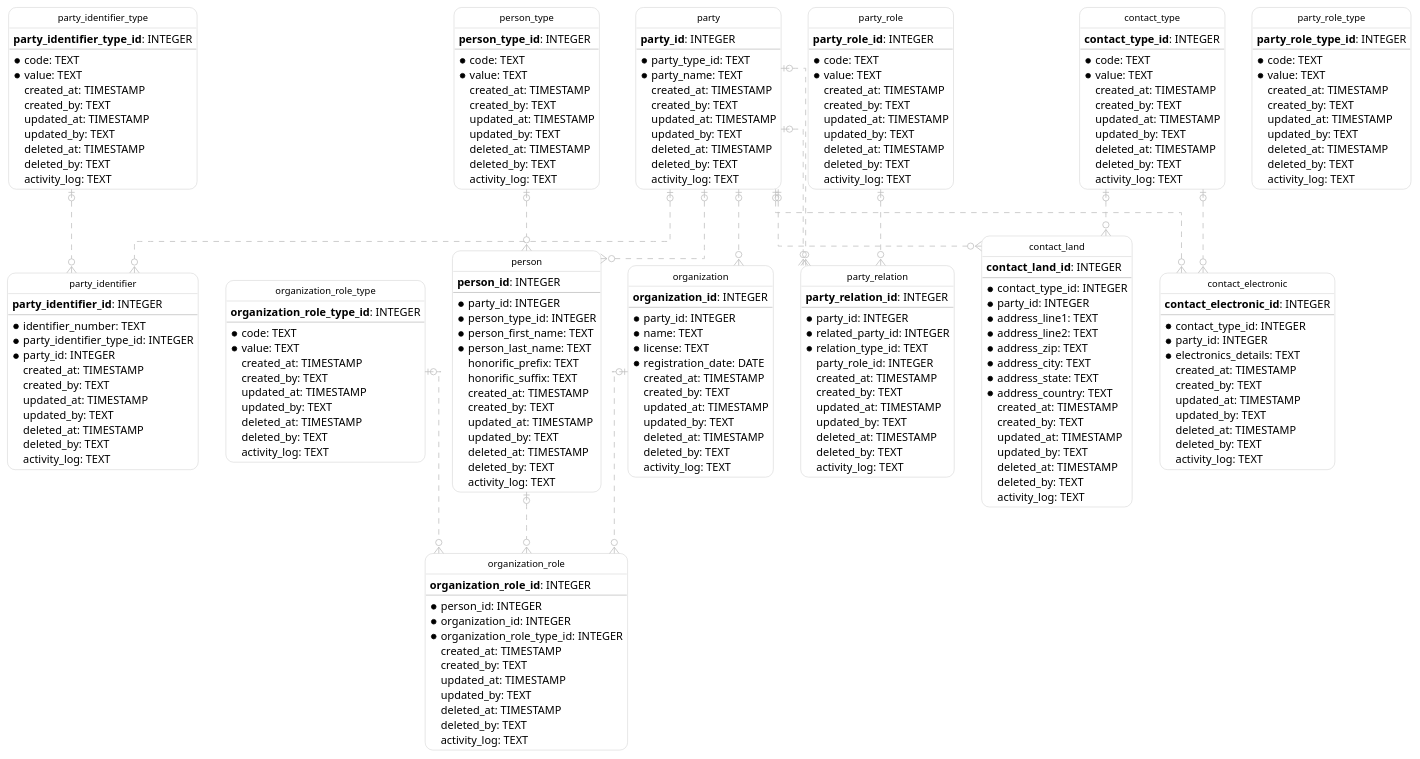
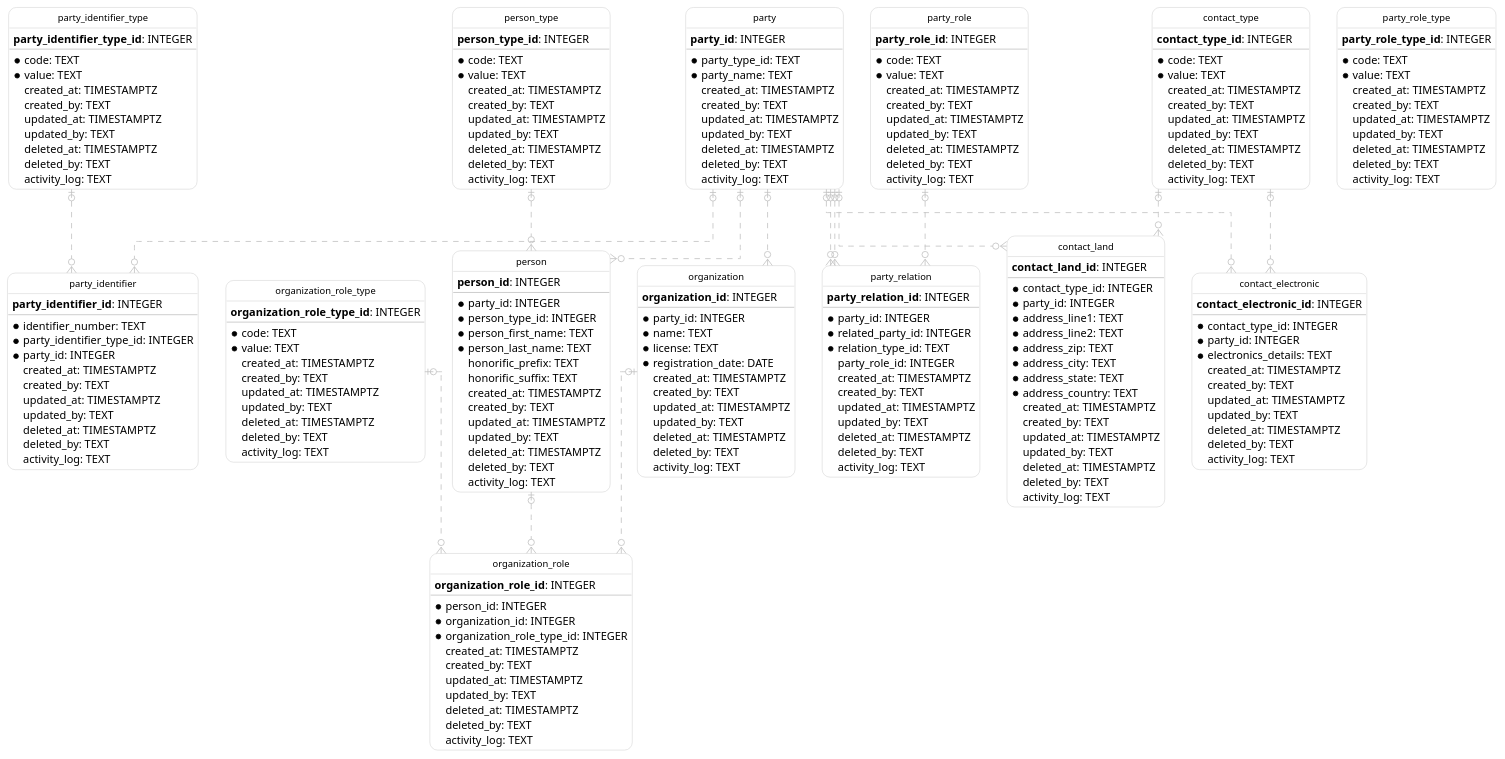
Before and after one commit to netspective-labs/sql-aide: the diagram in pattern/udm/models_test.fixture.puml, drawn with PlantUML. The commit also changed 26 other files, not shown here.

Commit message:
feat: update timestamp fields with timestamptz

```diff
--- a/pattern/udm/models_test.fixture.puml
+++ b/pattern/udm/models_test.fixture.puml
@@ -15,11 +15,11 @@
     --
     * code: TEXT
     * value: TEXT
-      created_at: TIMESTAMP
+      created_at: TIMESTAMPTZ
       created_by: TEXT
-      updated_at: TIMESTAMP
+      updated_at: TIMESTAMPTZ
       updated_by: TEXT
-      deleted_at: TIMESTAMP
+      deleted_at: TIMESTAMPTZ
       deleted_by: TEXT
       activity_log: TEXT
   }
@@ -29,11 +29,11 @@
     --
     * code: TEXT
     * value: TEXT
-      created_at: TIMESTAMP
+      created_at: TIMESTAMPTZ
       created_by: TEXT
-      updated_at: TIMESTAMP
+      updated_at: TIMESTAMPTZ
       updated_by: TEXT
-      deleted_at: TIMESTAMP
+      deleted_at: TIMESTAMPTZ
       deleted_by: TEXT
       activity_log: TEXT
   }
@@ -43,11 +43,11 @@
     --
     * code: TEXT
     * value: TEXT
-      created_at: TIMESTAMP
+      created_at: TIMESTAMPTZ
       created_by: TEXT
-      updated_at: TIMESTAMP
+      updated_at: TIMESTAMPTZ
       updated_by: TEXT
-      deleted_at: TIMESTAMP
+      deleted_at: TIMESTAMPTZ
       deleted_by: TEXT
       activity_log: TEXT
   }
@@ -57,11 +57,11 @@
     --
     * code: TEXT
     * value: TEXT
-      created_at: TIMESTAMP
+      created_at: TIMESTAMPTZ
       created_by: TEXT
-      updated_at: TIMESTAMP
+      updated_at: TIMESTAMPTZ
       updated_by: TEXT
-      deleted_at: TIMESTAMP
+      deleted_at: TIMESTAMPTZ
       deleted_by: TEXT
       activity_log: TEXT
   }
@@ -71,11 +71,11 @@
     --
     * party_type_id: TEXT
     * party_name: TEXT
-      created_at: TIMESTAMP
+      created_at: TIMESTAMPTZ
       created_by: TEXT
-      updated_at: TIMESTAMP
+      updated_at: TIMESTAMPTZ
       updated_by: TEXT
-      deleted_at: TIMESTAMP
+      deleted_at: TIMESTAMPTZ
       deleted_by: TEXT
       activity_log: TEXT
   }
@@ -86,11 +86,11 @@
     * identifier_number: TEXT
     * party_identifier_type_id: INTEGER
     * party_id: INTEGER
-      created_at: TIMESTAMP
+      created_at: TIMESTAMPTZ
       created_by: TEXT
-      updated_at: TIMESTAMP
+      updated_at: TIMESTAMPTZ
       updated_by: TEXT
-      deleted_at: TIMESTAMP
+      deleted_at: TIMESTAMPTZ
       deleted_by: TEXT
       activity_log: TEXT
   }
@@ -104,11 +104,11 @@
     * person_last_name: TEXT
       honorific_prefix: TEXT
       honorific_suffix: TEXT
-      created_at: TIMESTAMP
+      created_at: TIMESTAMPTZ
       created_by: TEXT
-      updated_at: TIMESTAMP
+      updated_at: TIMESTAMPTZ
       updated_by: TEXT
-      deleted_at: TIMESTAMP
+      deleted_at: TIMESTAMPTZ
       deleted_by: TEXT
       activity_log: TEXT
   }
@@ -120,11 +120,11 @@
     * related_party_id: INTEGER
     * relation_type_id: TEXT
       party_role_id: INTEGER
-      created_at: TIMESTAMP
+      created_at: TIMESTAMPTZ
       created_by: TEXT
-      updated_at: TIMESTAMP
+      updated_at: TIMESTAMPTZ
       updated_by: TEXT
-      deleted_at: TIMESTAMP
+      deleted_at: TIMESTAMPTZ
       deleted_by: TEXT
       activity_log: TEXT
   }
@@ -136,11 +136,11 @@
     * name: TEXT
     * license: TEXT
     * registration_date: DATE
-      created_at: TIMESTAMP
+      created_at: TIMESTAMPTZ
       created_by: TEXT
-      updated_at: TIMESTAMP
+      updated_at: TIMESTAMPTZ
       updated_by: TEXT
-      deleted_at: TIMESTAMP
+      deleted_at: TIMESTAMPTZ
       deleted_by: TEXT
       activity_log: TEXT
   }
@@ -151,11 +151,11 @@
     * person_id: INTEGER
     * organization_id: INTEGER
     * organization_role_type_id: INTEGER
-      created_at: TIMESTAMP
+      created_at: TIMESTAMPTZ
       created_by: TEXT
-      updated_at: TIMESTAMP
+      updated_at: TIMESTAMPTZ
       updated_by: TEXT
-      deleted_at: TIMESTAMP
+      deleted_at: TIMESTAMPTZ
       deleted_by: TEXT
       activity_log: TEXT
   }
@@ -166,11 +166,11 @@
     * contact_type_id: INTEGER
     * party_id: INTEGER
     * electronics_details: TEXT
-      created_at: TIMESTAMP
+      created_at: TIMESTAMPTZ
       created_by: TEXT
-      updated_at: TIMESTAMP
+      updated_at: TIMESTAMPTZ
       updated_by: TEXT
-      deleted_at: TIMESTAMP
+      deleted_at: TIMESTAMPTZ
       deleted_by: TEXT
       activity_log: TEXT
   }
@@ -186,11 +186,11 @@
     * address_city: TEXT
     * address_state: TEXT
     * address_country: TEXT
-      created_at: TIMESTAMP
+      created_at: TIMESTAMPTZ
       created_by: TEXT
-      updated_at: TIMESTAMP
+      updated_at: TIMESTAMPTZ
       updated_by: TEXT
-      deleted_at: TIMESTAMP
+      deleted_at: TIMESTAMPTZ
       deleted_by: TEXT
       activity_log: TEXT
   }
@@ -200,11 +200,11 @@
     --
     * code: TEXT
     * value: TEXT
-      created_at: TIMESTAMP
+      created_at: TIMESTAMPTZ
       created_by: TEXT
-      updated_at: TIMESTAMP
+      updated_at: TIMESTAMPTZ
       updated_by: TEXT
-      deleted_at: TIMESTAMP
+      deleted_at: TIMESTAMPTZ
       deleted_by: TEXT
       activity_log: TEXT
   }
@@ -214,11 +214,11 @@
     --
     * code: TEXT
     * value: TEXT
-      created_at: TIMESTAMP
+      created_at: TIMESTAMPTZ
       created_by: TEXT
-      updated_at: TIMESTAMP
+      updated_at: TIMESTAMPTZ
       updated_by: TEXT
-      deleted_at: TIMESTAMP
+      deleted_at: TIMESTAMPTZ
       deleted_by: TEXT
       activity_log: TEXT
   }
```
